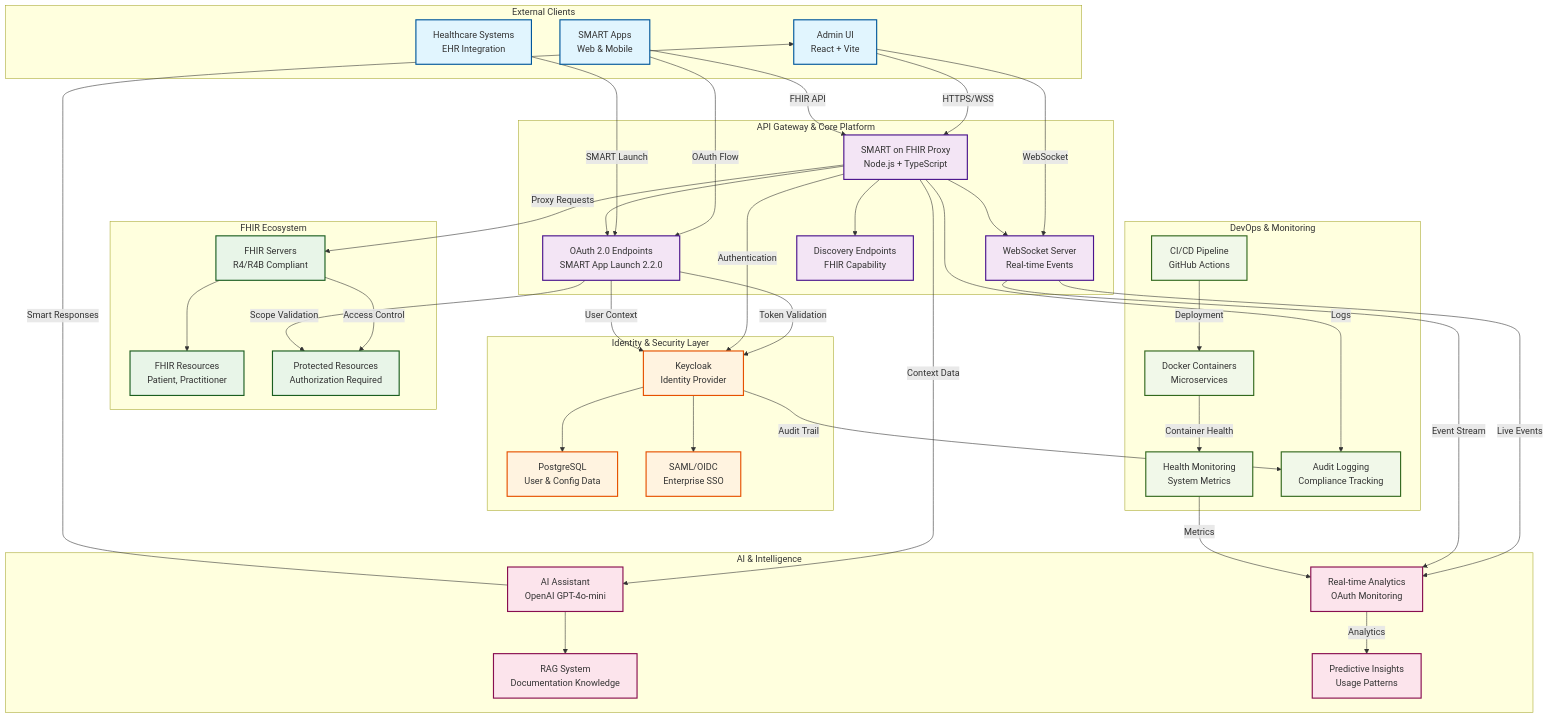
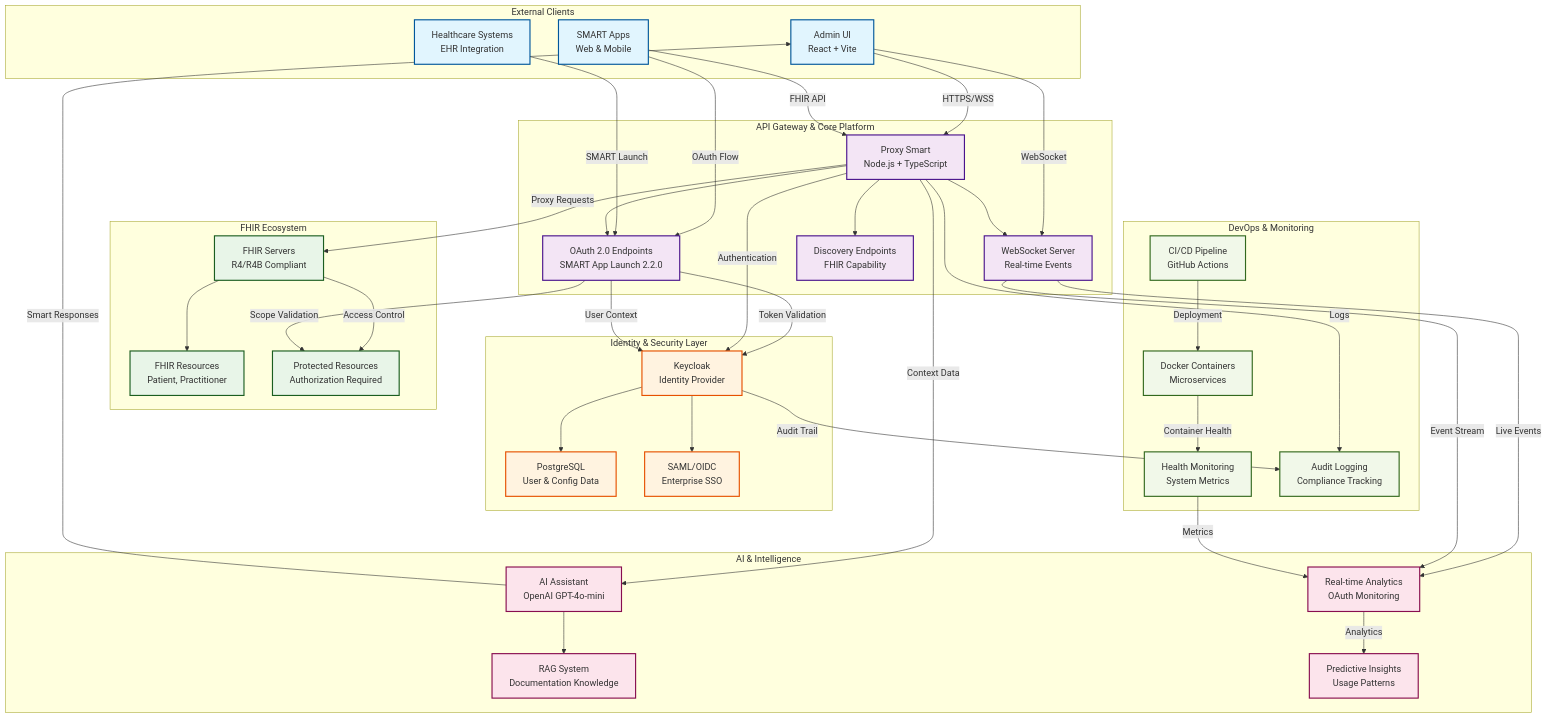
The diagram in README.md (quotentiroler/smart-on-fhir-proxy), drawn with Mermaid before and after one commit. The commit also changed other lines of this file and 30 other files, not shown here.

```diff
--- a/README.md
+++ b/README.md
@@ -35,7 +37,7 @@
     end
   
     subgraph "API Gateway & Core Platform"
-        D["SMART on FHIR Proxy<br/>Node.js + TypeScript"]
+        D["Proxy Smart<br/>Node.js + TypeScript"]
         E["OAuth 2.0 Endpoints<br/>SMART App Launch 2.2.0"]
         F["WebSocket Server<br/>Real-time Events"]
         G["Discovery Endpoints<br/>FHIR Capability"]
```
